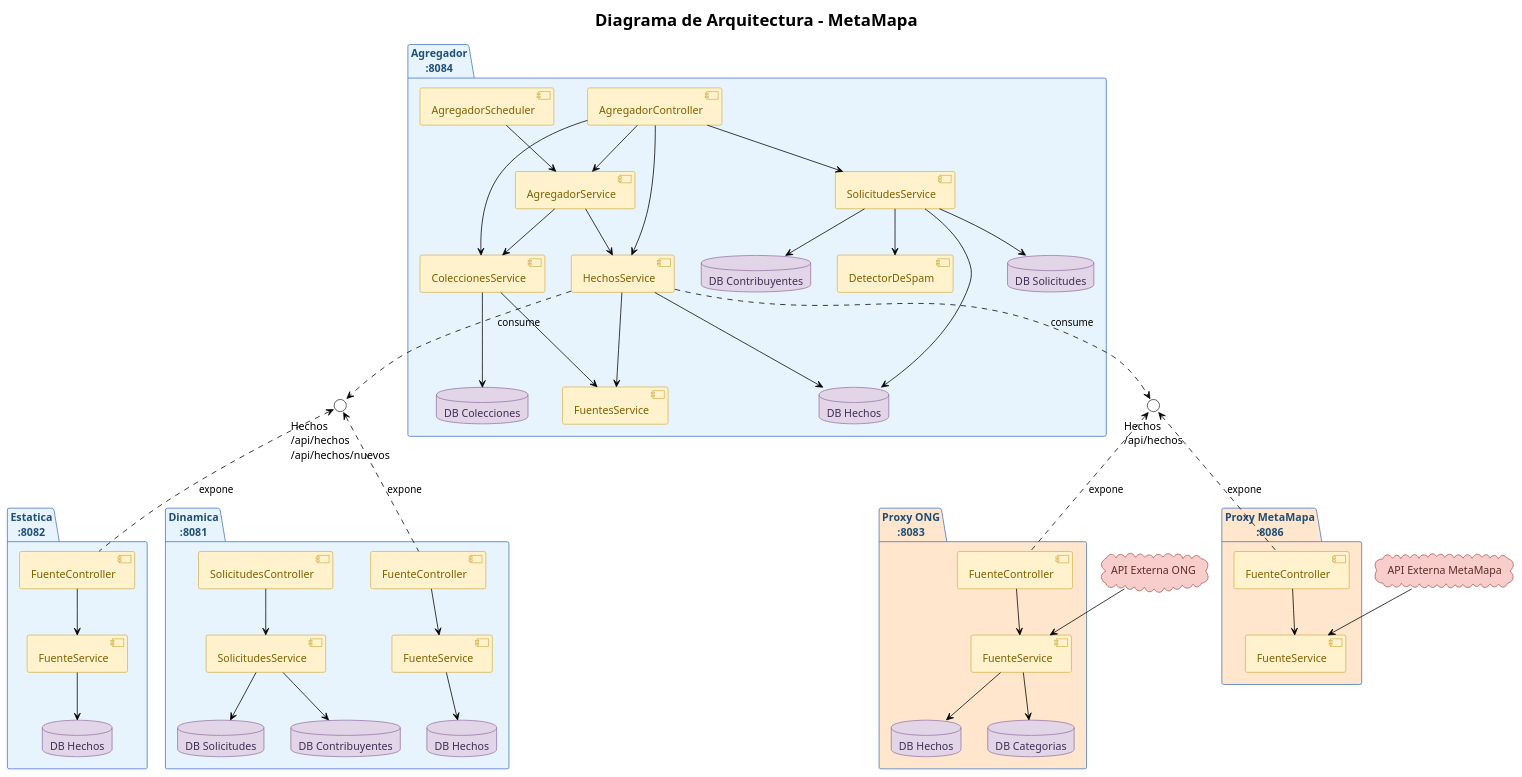
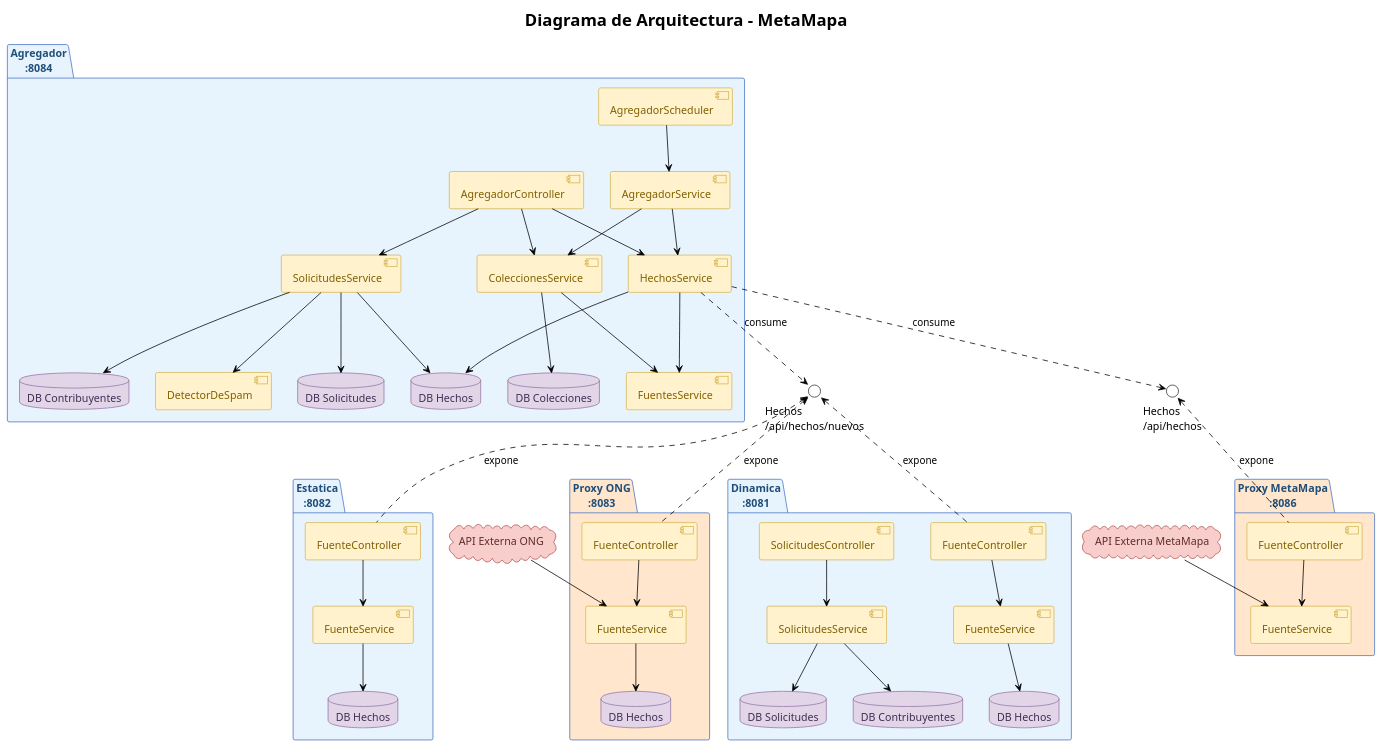
One commit to NicolasPazz/metamapa changed the diagram in entregables/entrega-2/diagrama-de-arquitectura/diagrama-de-arquitectura.puml. Above: the diagram before and after it, drawn with PlantUML.

Commit message:
docs: saco DB categorias en proxy ONG

```diff
--- a/entregables/entrega-2/diagrama-de-arquitectura/diagrama-de-arquitectura.puml
+++ b/entregables/entrega-2/diagrama-de-arquitectura/diagrama-de-arquitectura.puml
@@ -1,135 +1,132 @@
 @startuml
 !theme plain
 
 skinparam package {
     BackgroundColor #E8F4FD
     BorderColor #4472C4
     FontColor #1F4E79
 }
 
 skinparam component {
     BackgroundColor #FFF2CC
     BorderColor #D6B656
     FontColor #7F6000
 }
 
 skinparam cloud {
     BackgroundColor #F8CECC
     BorderColor #B85450
     FontColor #5F2C29
 }
 
 skinparam database {
     BackgroundColor #E1D5E7
     BorderColor #9673A6
     FontColor #432D54
 }
 
 skinparam interface {
     BackgroundColor #FFFFFF
     BorderColor #333333
     FontColor #000000
 }
 
 title "Diagrama de Arquitectura - MetaMapa"
 
 ' Servicios externos
 cloud "API Externa ONG" as external_ong
 cloud "API Externa MetaMapa" as external_metamapa
 
 ' Interfaces expuestas
 interface "Hechos\n/api/hechos" as hechos_api
-interface "Hechos\n/api/hechos\n/api/hechos/nuevos" as hechos_realtime_api
+interface "Hechos\n/api/hechos/nuevos" as hechos_nuevos_api
 
 ' Modulo Proxy ONG
 package "Proxy ONG\n:8083" #FFE6CC {
     component "FuenteController" as proxy_ong_controller
     component "FuenteService" as proxy_ong_service
     database "DB Hechos" as proxy_ong_hechos_db
-    database "DB Categorias" as proxy_ong_categorias_db
     
-    proxy_ong_controller .up.> hechos_api : expone
+    proxy_ong_controller .up.> hechos_nuevos_api : expone
     proxy_ong_service --> proxy_ong_hechos_db
-    proxy_ong_service --> proxy_ong_categorias_db
     proxy_ong_controller --> proxy_ong_service
 }
 
 ' Modulo Proxy MetaMapa
 package "Proxy MetaMapa\n:8086" #FFE6CC {
     component "FuenteController" as proxy_metamapa_controller
     component "FuenteService" as proxy_metamapa_service
     
     proxy_metamapa_controller .up.> hechos_api : expone
     proxy_metamapa_controller --> proxy_metamapa_service
 }
 
 ' Modulo Estatica
 package "Estatica\n:8082" {
     component "FuenteController" as estatica_controller
     component "FuenteService" as estatica_service
     database "DB Hechos" as estatica_hechos_db
     
-    estatica_controller .up.> hechos_realtime_api : expone
+    estatica_controller .up.> hechos_nuevos_api : expone
     estatica_controller --> estatica_service
     estatica_service --> estatica_hechos_db
 }
 
 ' Modulo Dinamica
 package "Dinamica\n:8081" {
     component "FuenteController" as dinamica_controller
     component "SolicitudesController" as dinamica_solicitudes_controller
     component "FuenteService" as dinamica_service
     component "SolicitudesService" as dinamica_solicitudes_service
     database "DB Hechos" as dinamica_hechos_db
     database "DB Solicitudes" as dinamica_solicitudes_db
     database "DB Contribuyentes" as dinamica_contribuyentes_db
     
-    dinamica_controller .up.> hechos_realtime_api : expone
+    dinamica_controller .up.> hechos_nuevos_api : expone
     dinamica_controller --> dinamica_service
     dinamica_solicitudes_controller --> dinamica_solicitudes_service
     dinamica_service --> dinamica_hechos_db
     dinamica_solicitudes_service --> dinamica_solicitudes_db
     dinamica_solicitudes_service --> dinamica_contribuyentes_db
 }
 
 ' Modulo Agregador
 package "Agregador\n:8084" {
     component "AgregadorController" as agregador_controller
     component "AgregadorService" as agregador_service
     component "HechosService" as agregador_hechos_service
     component "ColeccionesService" as agregador_colecciones_service
     component "SolicitudesService" as agregador_solicitudes_service
     component "FuentesService" as agregador_fuentes_service
     component "DetectorDeSpam" as agregador_detector_spam
     component "AgregadorScheduler" as agregador_scheduler
     database "DB Hechos" as agregador_hechos_db
     database "DB Colecciones" as agregador_colecciones_db
     database "DB Solicitudes" as agregador_solicitudes_db
     database "DB Contribuyentes" as agregador_contribuyentes_db
     
-    agregador_controller --> agregador_service
     agregador_controller --> agregador_hechos_service
     agregador_controller --> agregador_colecciones_service
     agregador_controller --> agregador_solicitudes_service
     agregador_service --> agregador_hechos_service
     agregador_service --> agregador_colecciones_service
     agregador_solicitudes_service --> agregador_detector_spam
     agregador_solicitudes_service --> agregador_hechos_db
     agregador_colecciones_service --> agregador_fuentes_service
     agregador_hechos_service --> agregador_fuentes_service
     agregador_hechos_service --> agregador_hechos_db
     agregador_colecciones_service --> agregador_colecciones_db
     agregador_solicitudes_service --> agregador_solicitudes_db
     agregador_solicitudes_service --> agregador_contribuyentes_db
     agregador_scheduler --> agregador_service
 }
 
 ' Conexiones externas hacia proxies
 external_ong --> proxy_ong_service
 external_metamapa --> proxy_metamapa_service
 
 ' Conexiones del Agregador consumiendo interfaces
 agregador_hechos_service ..> hechos_api : consume
-agregador_hechos_service ..> hechos_realtime_api : consume
+agregador_hechos_service ..> hechos_nuevos_api : consume
 
 @enduml
```
